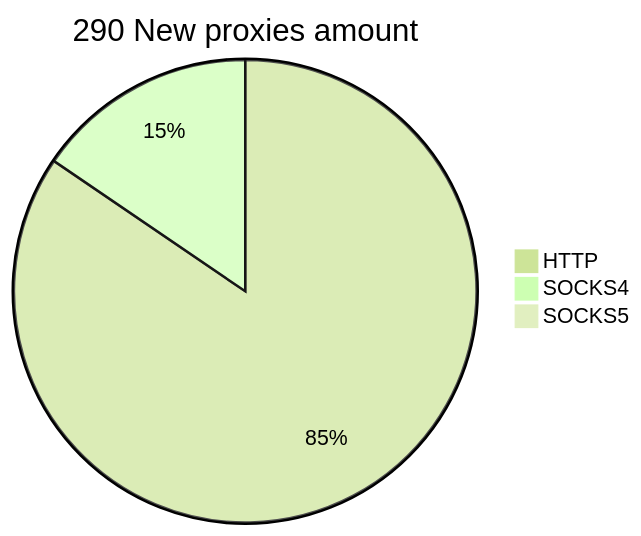
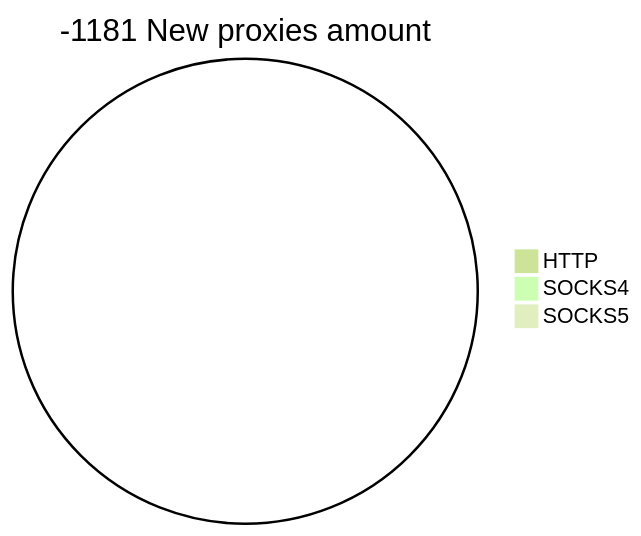
Before and after one commit to cutipu/proxylist: the second of 2 diagrams in README.md, drawn with Mermaid (forest theme). The commit also changed other lines of this file, not shown here.

````diff
--- a/README.md
+++ b/README.md
@@ -10,6 +10,6 @@
 ```mermaid
-pie title 290 New proxies amount
-    "HTTP" : 322
-    "SOCKS4" : 59
+pie title -1181 New proxies amount
+    "HTTP" : 0
+    "SOCKS4" : 0
     "SOCKS5" : 0
 ```
````
